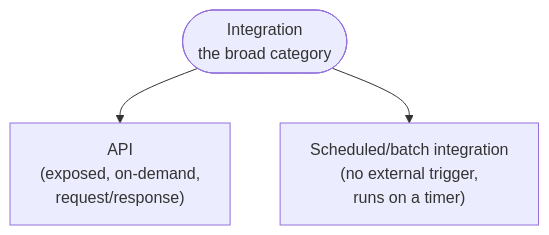
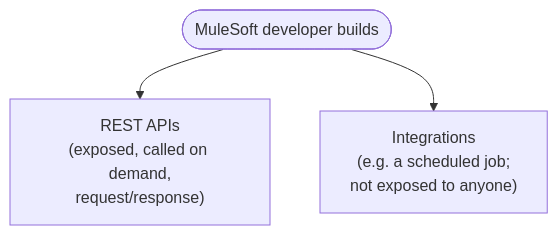
Before and after one commit to developerashok99/green-c-mule-notes: the first of 8 diagrams in detailed-notes/day02.md, drawn with Mermaid. The commit also changed other lines of this file and 3 other files, not shown here.

````diff
--- a/detailed-notes/day02.md
+++ b/detailed-notes/day02.md
@@ -9,5 +11,5 @@
 ```mermaid
 flowchart TB
-    A([Integration<br/>the broad category]) --> B["API<br/>(exposed, on-demand,<br/>request/response)"]
-    A --> C["Scheduled/batch integration<br/>(no external trigger,<br/>runs on a timer)"]
+    M([MuleSoft developer builds]) --> B["REST APIs<br/>(exposed, called on demand,<br/>request/response)"]
+    M --> C["Integrations<br/>(e.g. a scheduled job;<br/>not exposed to anyone)"]
 ```
````
